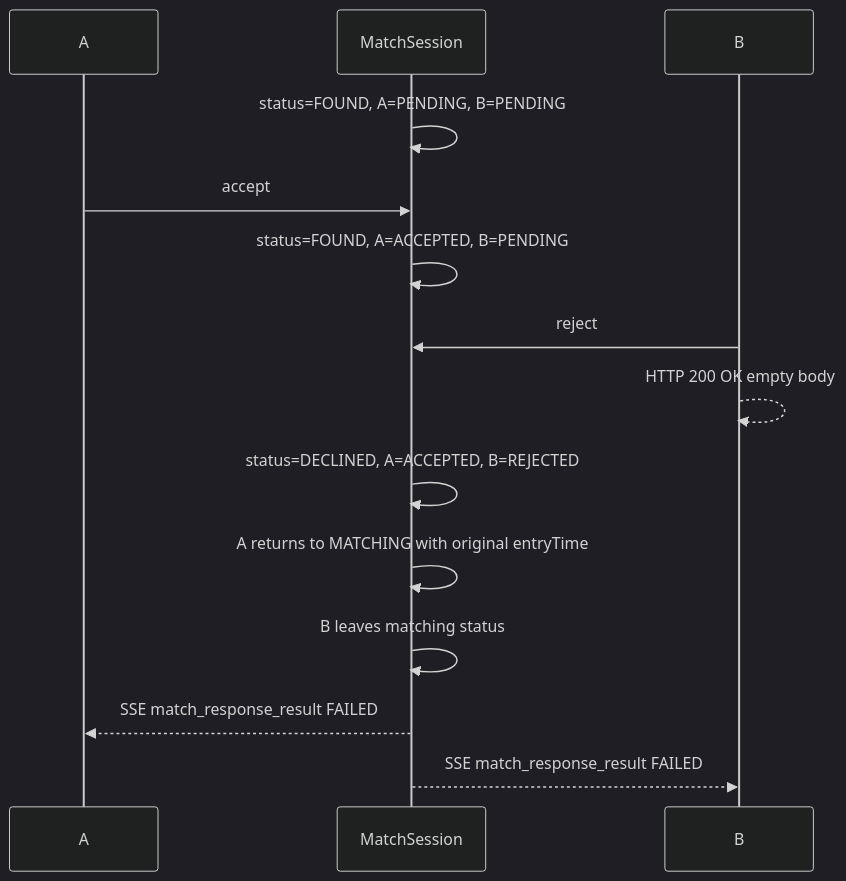
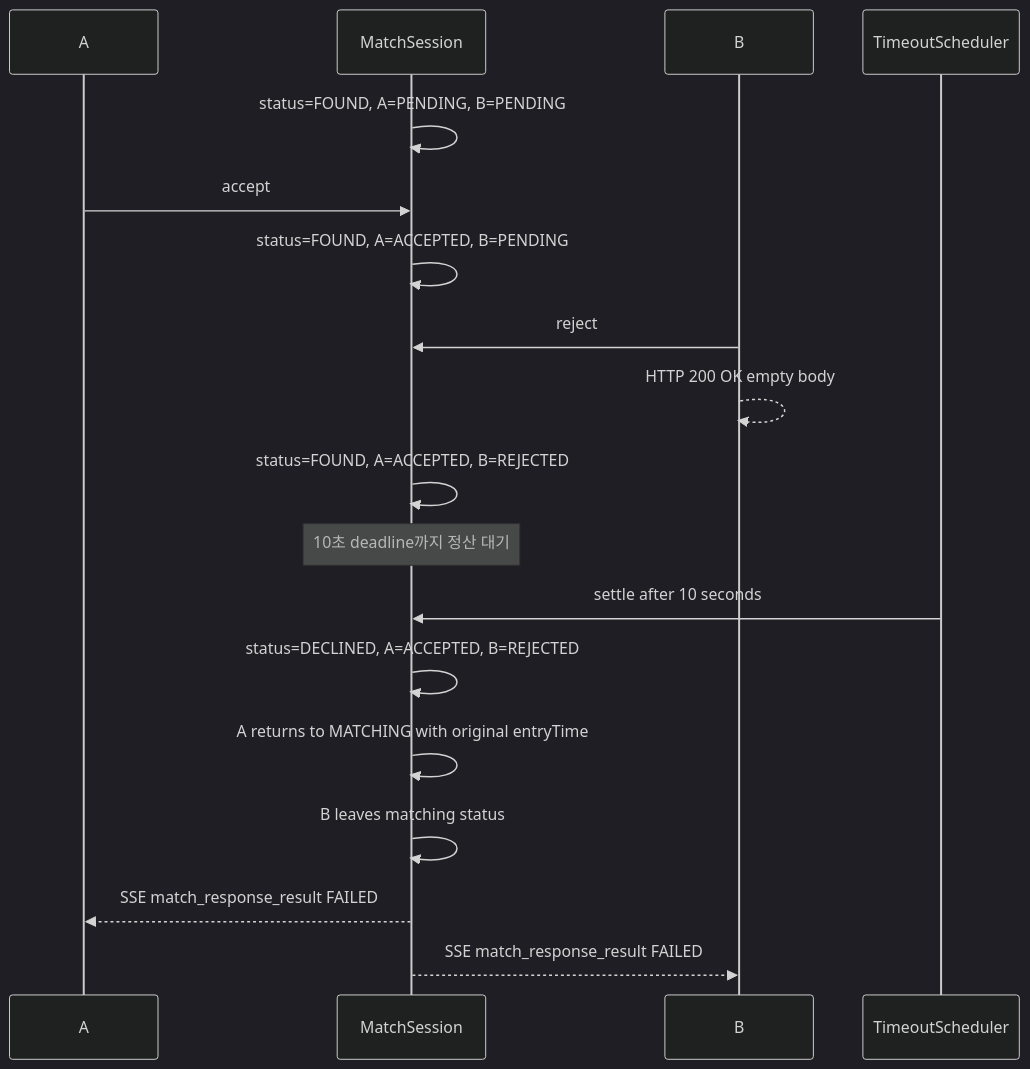
The fourth of 11 diagrams in docs/project/domain status.md (moonwhistle/League-of-Star), drawn with Mermaid (dark theme) before and after one commit. The commit also changed other lines of this file and 161 other files, not shown here.

````diff
--- a/docs/project/domain status.md
+++ b/docs/project/domain status.md
@@ -86,17 +87,21 @@
 ```mermaid
 sequenceDiagram
     participant A
     participant S as MatchSession
     participant B
+    participant T as TimeoutScheduler
 
     S->>S: status=FOUND, A=PENDING, B=PENDING
     A->>S: accept
     S->>S: status=FOUND, A=ACCEPTED, B=PENDING
     B->>S: reject
     B-->>B: HTTP 200 OK empty body
+    S->>S: status=FOUND, A=ACCEPTED, B=REJECTED
+    Note over S: 10초 deadline까지 정산 대기
+    T->>S: settle after 10 seconds
     S->>S: status=DECLINED, A=ACCEPTED, B=REJECTED
     S->>S: A returns to MATCHING with original entryTime
     S->>S: B leaves matching status
     S-->>A: SSE match_response_result FAILED
     S-->>B: SSE match_response_result FAILED
 ```
````
